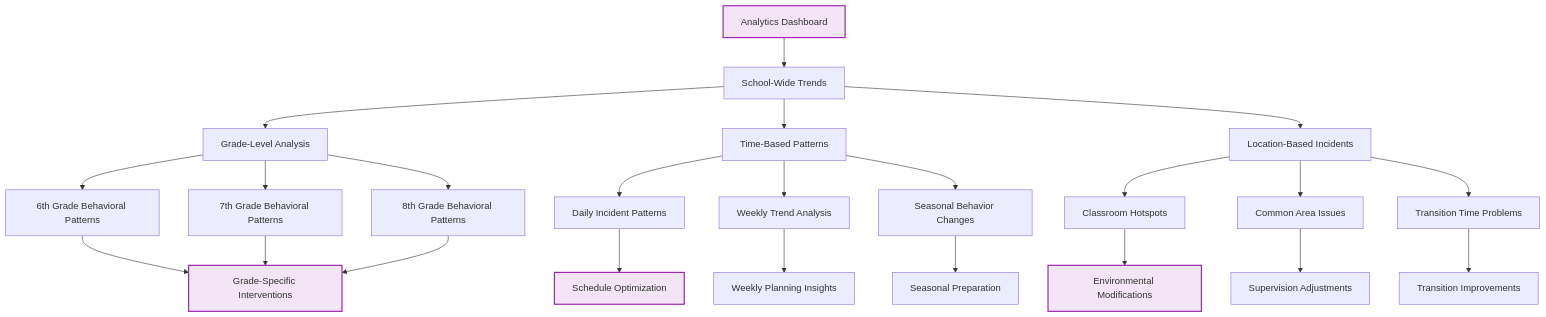
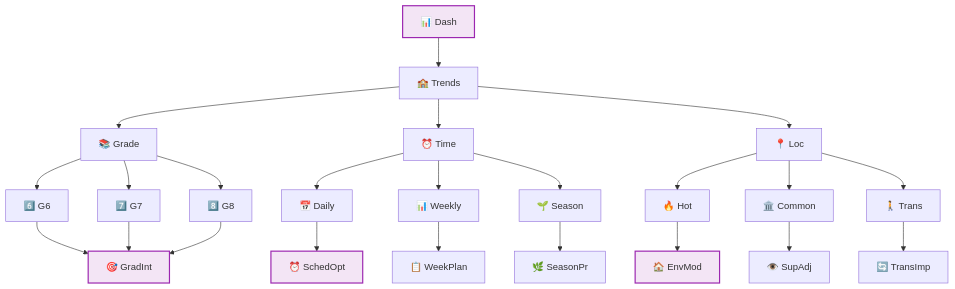
The third of 5 diagrams in docs/flowcharts/Future-Vision/10-behavior-analytics-enhancement.md (Splurfa/bx-os), drawn with Mermaid before and after one commit. The commit also changed other lines of this file and 4 other files, not shown here.

Commit message:
Fix all flowchart text cutoff

````diff
--- a/docs/flowcharts/Future-Vision/10-behavior-analytics-enhancement.md
+++ b/docs/flowcharts/Future-Vision/10-behavior-analytics-enhancement.md
@@ -75,36 +118,36 @@
 ```mermaid
 flowchart TD
-    A[Analytics Dashboard] --> B[School-Wide Trends]
-    B --> C[Grade-Level Analysis]
-    B --> D[Time-Based Patterns]
-    B --> E[Location-Based Incidents]
+    A[📊 Dash] --> B[🏫 Trends]
+    B --> C[📚 Grade]
+    B --> D[⏰ Time]
+    B --> E[📍 Loc]
     
-    C --> F[6th Grade Behavioral Patterns]
-    C --> G[7th Grade Behavioral Patterns]
-    C --> H[8th Grade Behavioral Patterns]
+    C --> F[6️⃣ G6]
+    C --> G[7️⃣ G7]
+    C --> H[8️⃣ G8]
     
-    D --> I[Daily Incident Patterns]
-    D --> J[Weekly Trend Analysis]
-    D --> K[Seasonal Behavior Changes]
+    D --> I[📅 Daily]
+    D --> J[📊 Weekly]
+    D --> K[🌱 Season]
     
-    E --> L[Classroom Hotspots]
-    E --> M[Common Area Issues]
-    E --> N[Transition Time Problems]
+    E --> L[🔥 Hot]
+    E --> M[🏛️ Common]
+    E --> N[🚶 Trans]
     
-    F --> O[Grade-Specific Interventions]
+    F --> O[🎯 GradInt]
     G --> O
     H --> O
     
-    I --> P[Schedule Optimization]
-    J --> Q[Weekly Planning Insights]
-    K --> R[Seasonal Preparation]
+    I --> P[⏰ SchedOpt]
+    J --> Q[📋 WeekPlan]
+    K --> R[🌿 SeasonPr]
     
-    L --> S[Environmental Modifications]
-    M --> T[Supervision Adjustments]
-    N --> U[Transition Improvements]
+    L --> S[🏠 EnvMod]
+    M --> T[👁️ SupAdj]
+    N --> U[🔄 TransImp]
     
     style A fill:#f3e5f5,stroke:#9c27b0,stroke-width:2px
     style O fill:#f3e5f5,stroke:#9c27b0,stroke-width:2px
     style P fill:#f3e5f5,stroke:#9c27b0,stroke-width:2px
     style S fill:#f3e5f5,stroke:#9c27b0,stroke-width:2px
 ```
````
